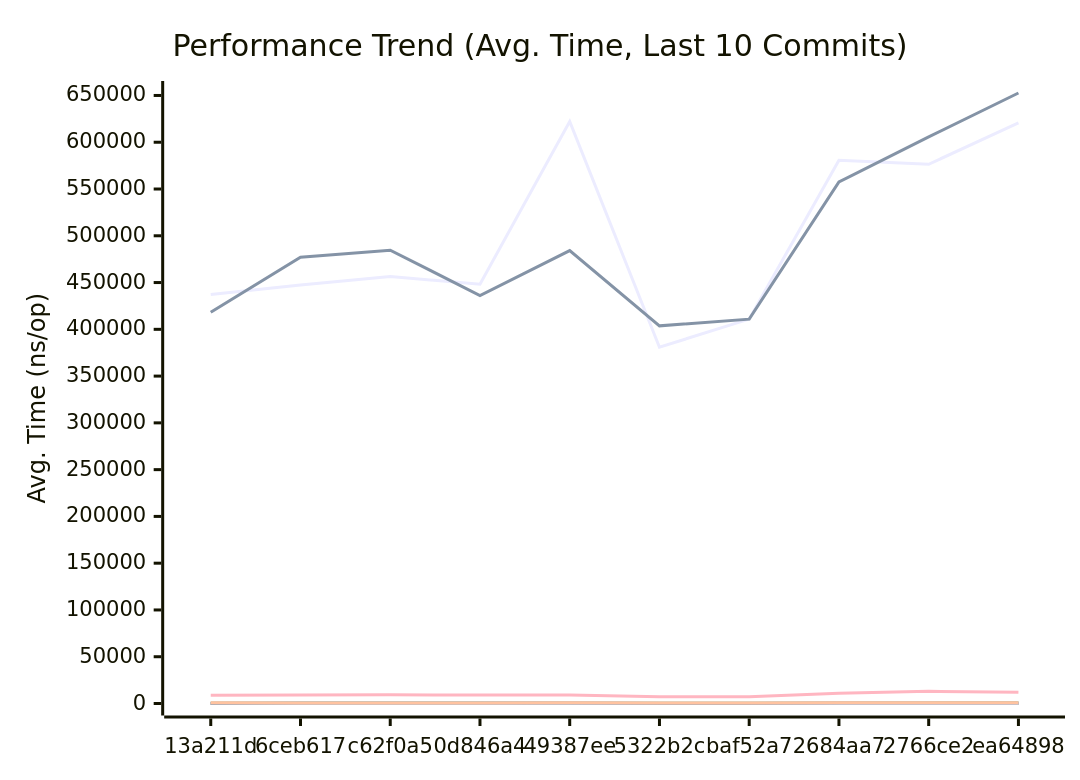
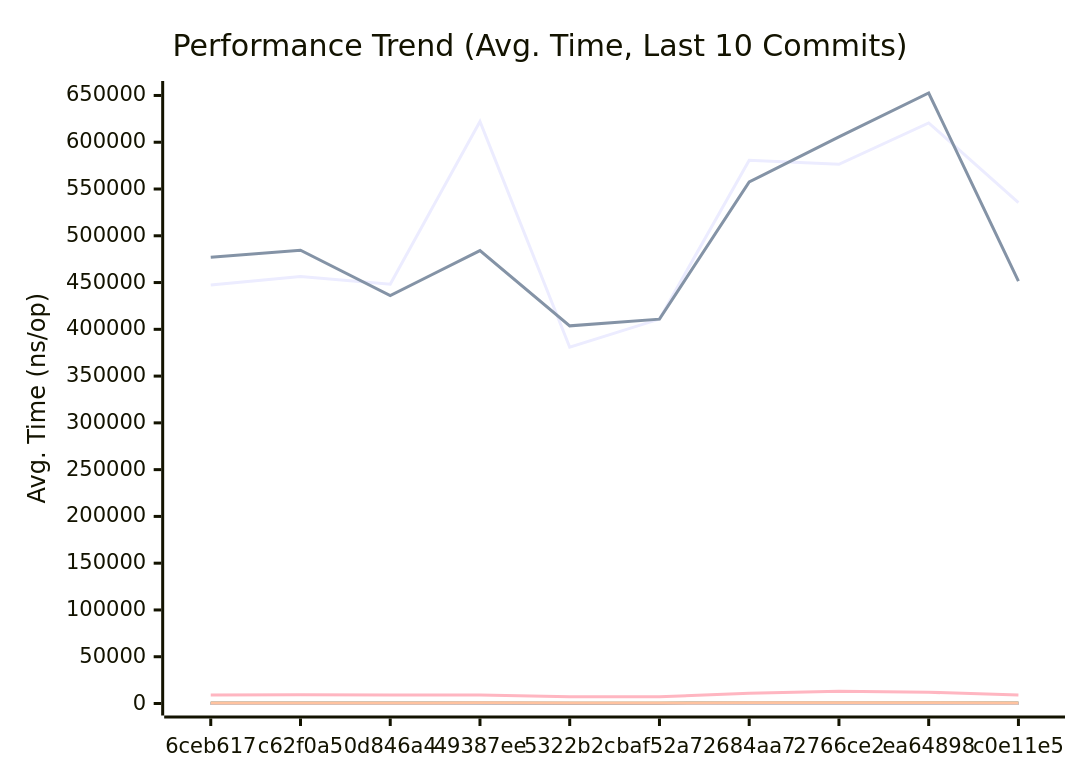
One commit to alsotoes/momo changed the first of 3 diagrams in docs/PERFORMANCE.md. Above: the diagram before and after it, drawn with Mermaid. The commit also changed other lines of this file and 3 other files, not shown here.

````diff
--- a/docs/PERFORMANCE.md
+++ b/docs/PERFORMANCE.md
@@ -145,20 +145,20 @@
 ```mermaid
 xychart-beta
     title "Performance Trend (Avg. Time, Last 10 Commits)"
     x-axis "Commit"
     y-axis "Avg. Time (ns/op)"
-    x-axis [13a211d,6ceb617,c62f0a5,0d846a4,49387ee,5322b2c,baf52a7,2684aa7,2766ce2,ea64898]
-    line "AWSChunkedReaderSigned" [437350,447444,456452,448270,622202,380899,410944,580705,576464,620631]
-    line "AWSChunkedReaderUnsigned" [418289,476966,484613,436099,484134,403705,410907,557512,605728,652637]
-    line "CheckMetricsAndSwap" [8,10,9,10,8,9,7,10,11,10]
-    line "CrushOptimized" [344,353,360,384,403,296,264,368,415,420]
-    line "CrushOriginal" [419,488,539,442,474,375,370,598,664,874]
-    line "IndexDirectTracking" [0,0,0,0,0,0,0,0,0,0]
-    line "IndexSearch" [3,3,3,3,3,3,3,3,4,3]
-    line "LoadGlobalConfig" [8720,9023,9246,9136,9150,7234,7096,10842,13042,12014]
-    line "PadString" [39,53,48,50,48,35,34,55,63,56]
+    x-axis [6ceb617,c62f0a5,0d846a4,49387ee,5322b2c,baf52a7,2684aa7,2766ce2,ea64898,c0e11e5]
+    line "AWSChunkedReaderSigned" [447444,456452,448270,622202,380899,410944,580705,576464,620631,535526]
+    line "AWSChunkedReaderUnsigned" [476966,484613,436099,484134,403705,410907,557512,605728,652637,451534]
+    line "CheckMetricsAndSwap" [10,9,10,8,9,7,10,11,10,9]
+    line "CrushOptimized" [353,360,384,403,296,264,368,415,420,335]
+    line "CrushOriginal" [488,539,442,474,375,370,598,664,874,456]
+    line "IndexDirectTracking" [0,0,0,0,0,0,0,0,0,1]
+    line "IndexSearch" [3,3,3,3,3,3,3,4,3,3]
+    line "LoadGlobalConfig" [9023,9246,9136,9150,7234,7096,10842,13042,12014,9184]
+    line "PadString" [53,48,50,48,35,34,55,63,56,46]
     line "ParseReplicationOrder_NoPrealloc" [350,349,357,354,345,225,229,165,232,234]
     line "ParseReplicationOrder_Prealloc" [229,231,237,234,229,108,107,80,110,109]
-    line "SanitizeLog/Safe" [224,479,510,430,543,398,379,530,569,614]
-    line "SanitizeLog/Unsafe" [682,607,625,542,680,482,537,734,816,804]
+    line "SanitizeLog/Safe" [479,510,430,543,398,379,530,569,614,504]
+    line "SanitizeLog/Unsafe" [607,625,542,680,482,537,734,816,804,636]
 ```
````
